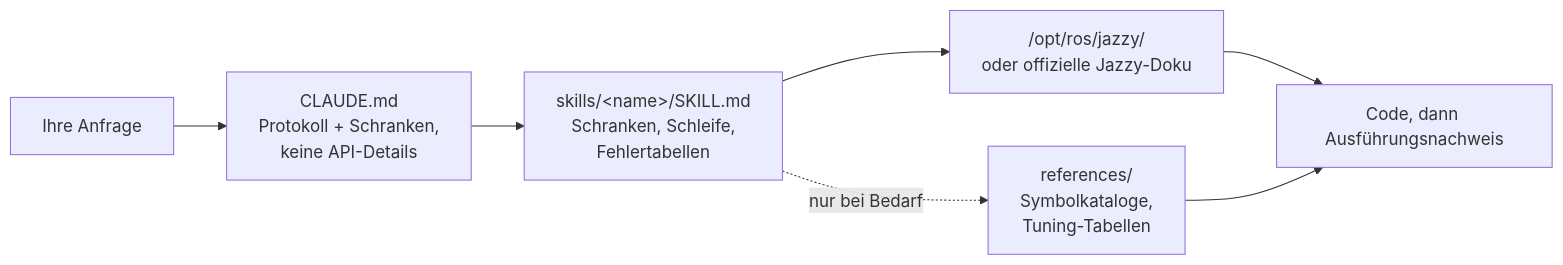
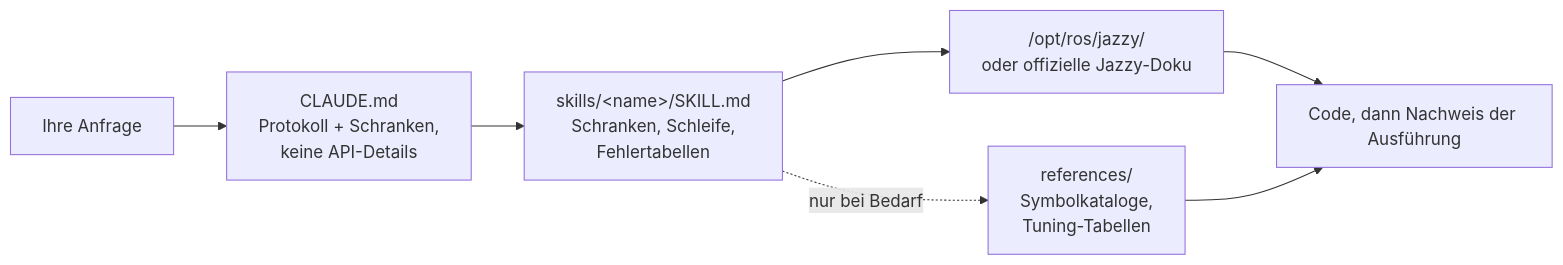
The diagram in README.de.md (Leehyunbin0131/claude-ros2-skills), drawn with Mermaid before and after one commit. The commit also changed other lines of this file and 5 other files, not shown here.

Commit message:
docs: sync all translated READMEs with updated Evals and Roadmap in English README

````diff
--- a/README.de.md
+++ b/README.de.md
@@ -155,9 +178,9 @@
 ```mermaid
 flowchart LR
     A["Ihre Anfrage"] --> B["CLAUDE.md<br/>Protokoll + Schranken,<br/>keine API-Details"]
     B --> C["skills/&lt;name&gt;/SKILL.md<br/>Schranken, Schleife,<br/>Fehlertabellen"]
     C --> D["/opt/ros/jazzy/<br/>oder offizielle Jazzy-Doku"]
     C -.nur bei Bedarf.-> R["references/<br/>Symbolkataloge,<br/>Tuning-Tabellen"]
-    D --> E["Code, dann Ausführungsnachweis"]
+    D --> E["Code, dann Nachweis der Ausführung"]
     R --> E
 ```
````
